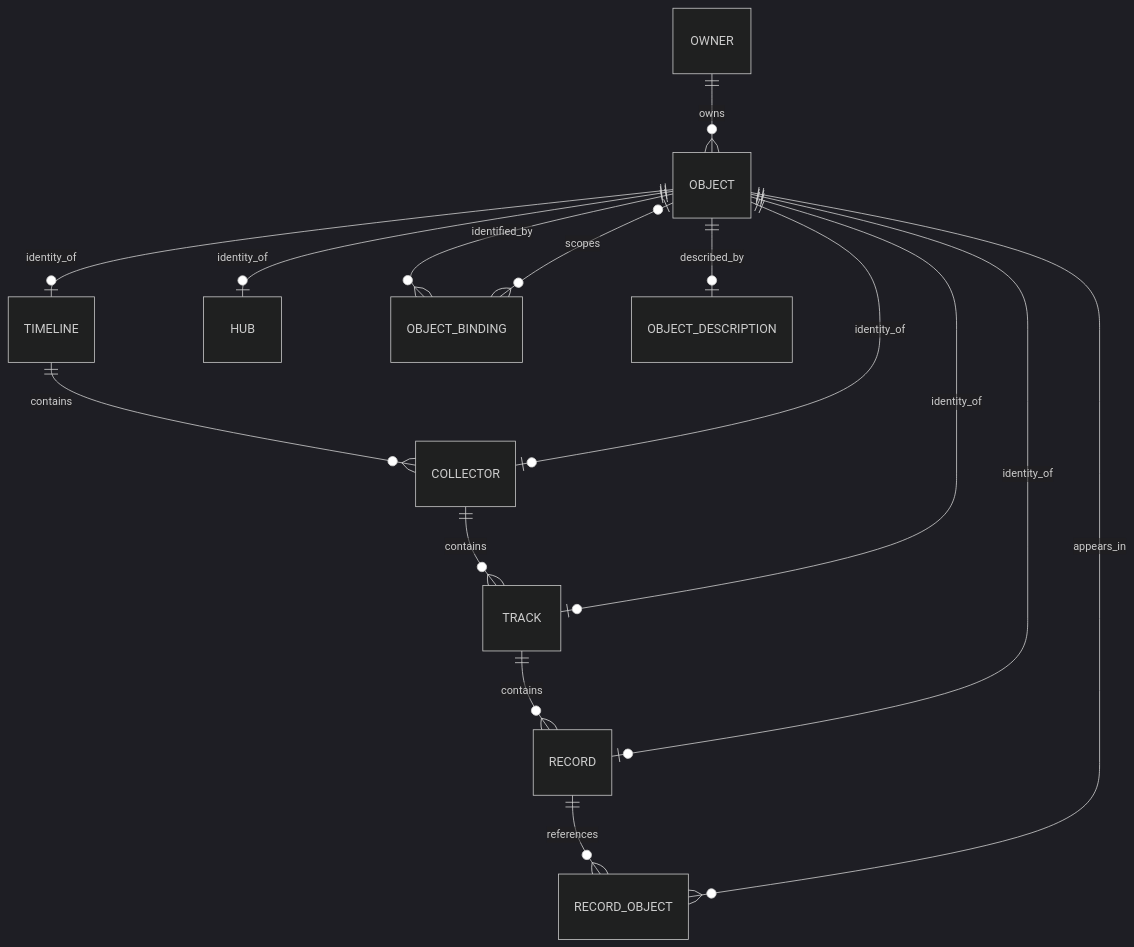
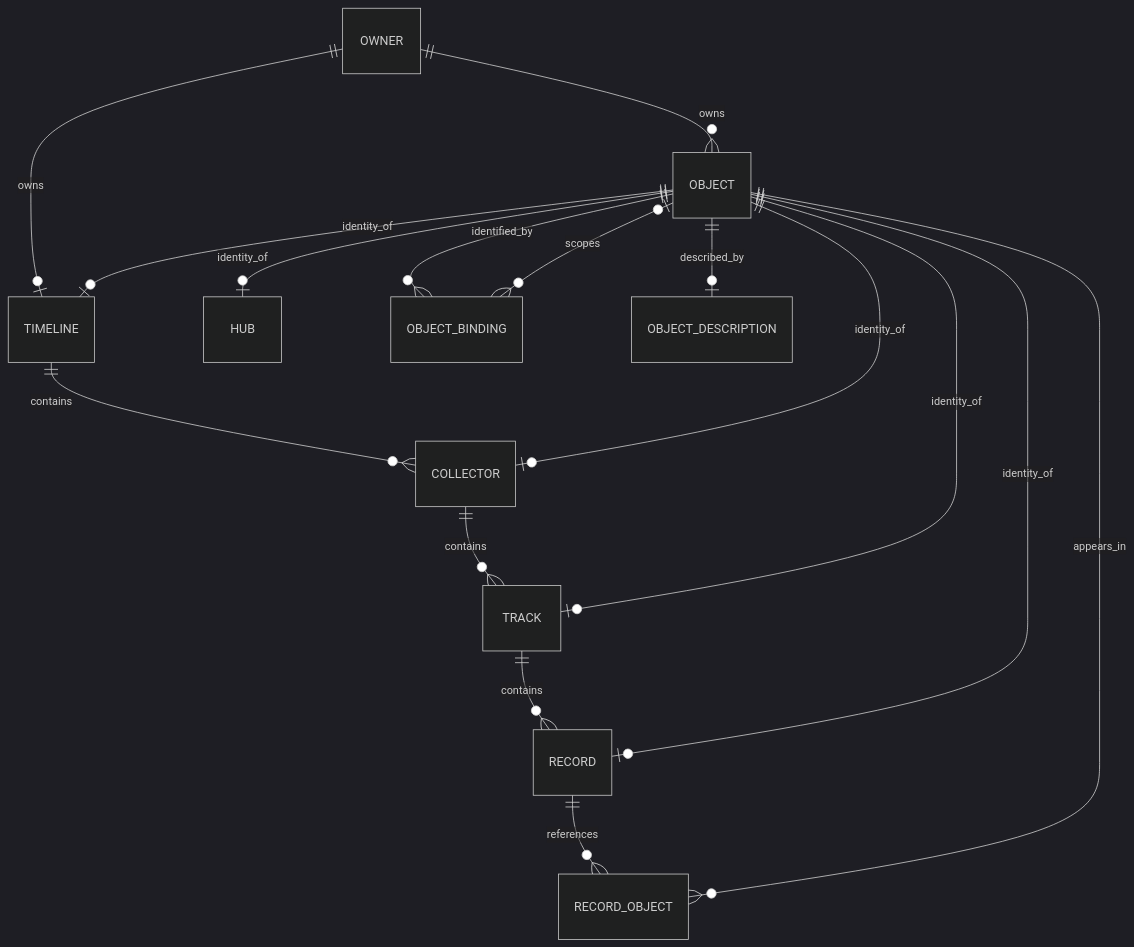
Before and after one commit to shenxianovo/Heartbeat: the diagram in docs/recording-storage-model.md, drawn with Mermaid (dark theme). The commit also changed other lines of this file and 25 other files, not shown here.

````diff
--- a/docs/recording-storage-model.md
+++ b/docs/recording-storage-model.md
@@ -9,17 +13,18 @@
 ```mermaid
 erDiagram
+    OWNER ||--o| TIMELINE : owns
     TIMELINE ||--o{ COLLECTOR : contains
     COLLECTOR ||--o{ TRACK : contains
     TRACK ||--o{ RECORD : contains
     OWNER ||--o{ OBJECT : owns
     OBJECT ||--o| TIMELINE : identity_of
     OBJECT ||--o| COLLECTOR : identity_of
     OBJECT ||--o| TRACK : identity_of
     OBJECT ||--o| RECORD : identity_of
     OBJECT ||--o| HUB : identity_of
     OBJECT ||--o{ OBJECT_BINDING : identified_by
     OBJECT |o--o{ OBJECT_BINDING : scopes
     OBJECT ||--o| OBJECT_DESCRIPTION : described_by
     RECORD ||--o{ RECORD_OBJECT : references
     OBJECT ||--o{ RECORD_OBJECT : appears_in
 ```
````
